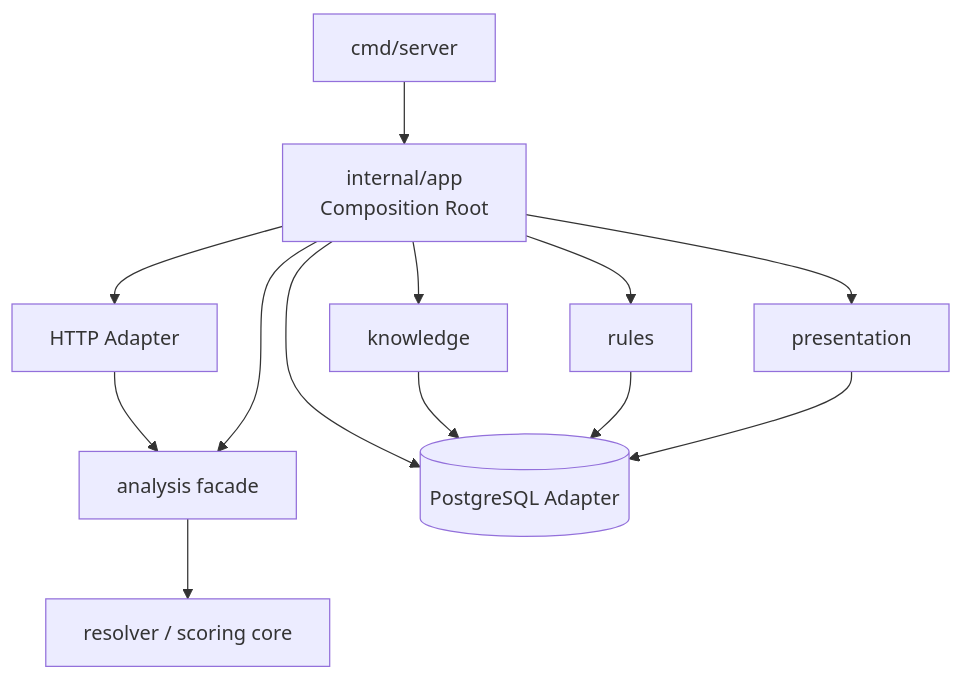
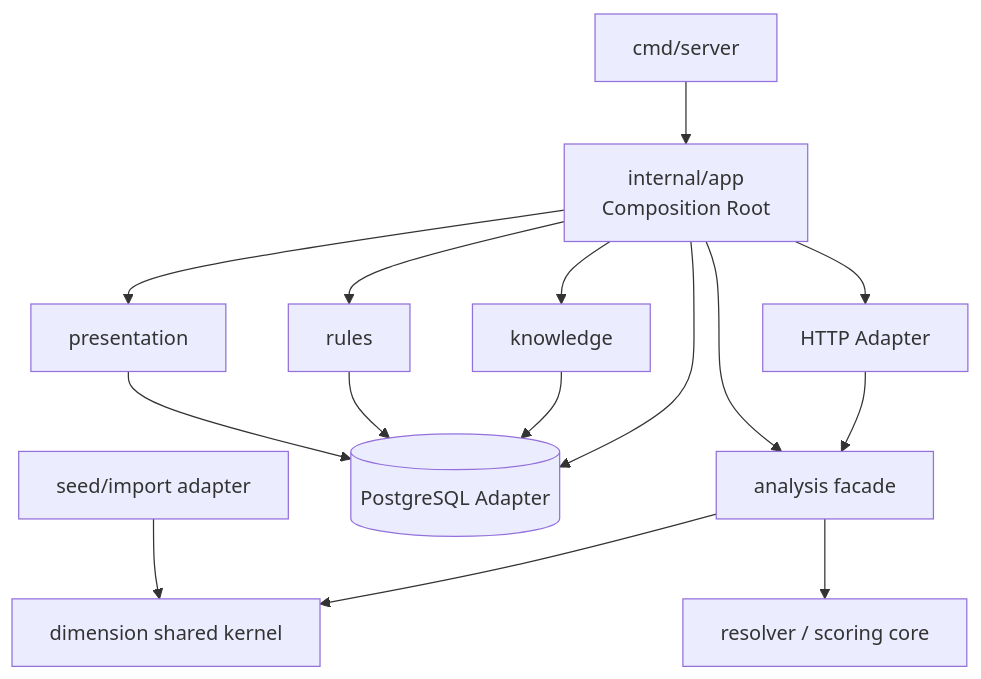
One commit to andygellermen/infra changed the diagram in apps/sprach-a-lyzer/docs/70-architecture/sprach-a-lyzer_modular-monolith_v0.1.md. Above: the diagram before and after it, drawn with Mermaid. The commit also changed other lines of this file and 18 other files, not shown here.

````diff
--- a/apps/sprach-a-lyzer/docs/70-architecture/sprach-a-lyzer_modular-monolith_v0.1.md
+++ b/apps/sprach-a-lyzer/docs/70-architecture/sprach-a-lyzer_modular-monolith_v0.1.md
@@ -15,15 +15,17 @@
 ```mermaid
 flowchart TD
     CMD[cmd/server] --> APP[internal/app<br/>Composition Root]
     HTTP[HTTP Adapter] --> ANALYSIS[analysis facade]
     APP --> HTTP
     APP --> ANALYSIS
     APP --> KNOWLEDGE[knowledge]
     APP --> RULES[rules]
     APP --> PRESENTATION[presentation]
     APP --> DB[(PostgreSQL Adapter)]
+    ANALYSIS --> DIMENSION[dimension shared kernel]
+    SEED[seed/import adapter] --> DIMENSION
     ANALYSIS --> CORE[resolver / scoring core]
     KNOWLEDGE --> DB
     RULES --> DB
     PRESENTATION --> DB
 ```
````
